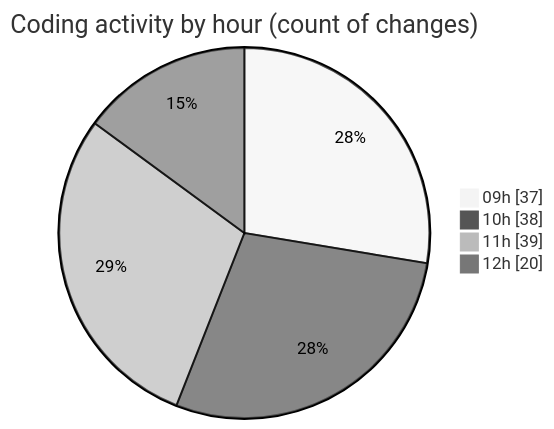
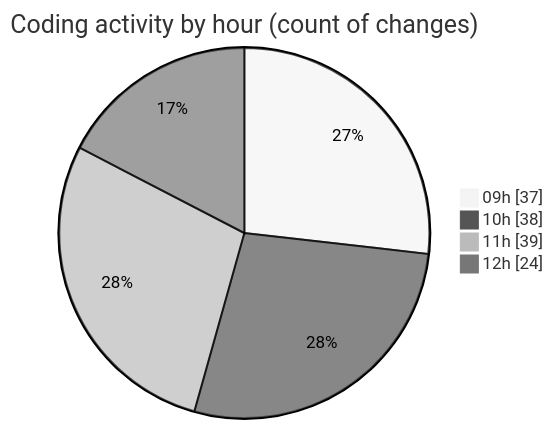
One commit to momahboobian/code-tracking changed the second of 2 diagrams in 2025-02-12/cda/README.md. Above: the diagram before and after it, drawn with Mermaid (neutral theme). The commit also changed other lines of this file and 1 other file, not shown here.

````diff
--- a/2025-02-12/cda/README.md
+++ b/2025-02-12/cda/README.md
@@ -32,8 +32,8 @@
 ```mermaid
 pie showData
 title Coding activity by hour (count of changes)
 "09h" : 37
 "10h" : 38
 "11h" : 39
-"12h" : 20
+"12h" : 24
 ```
````
